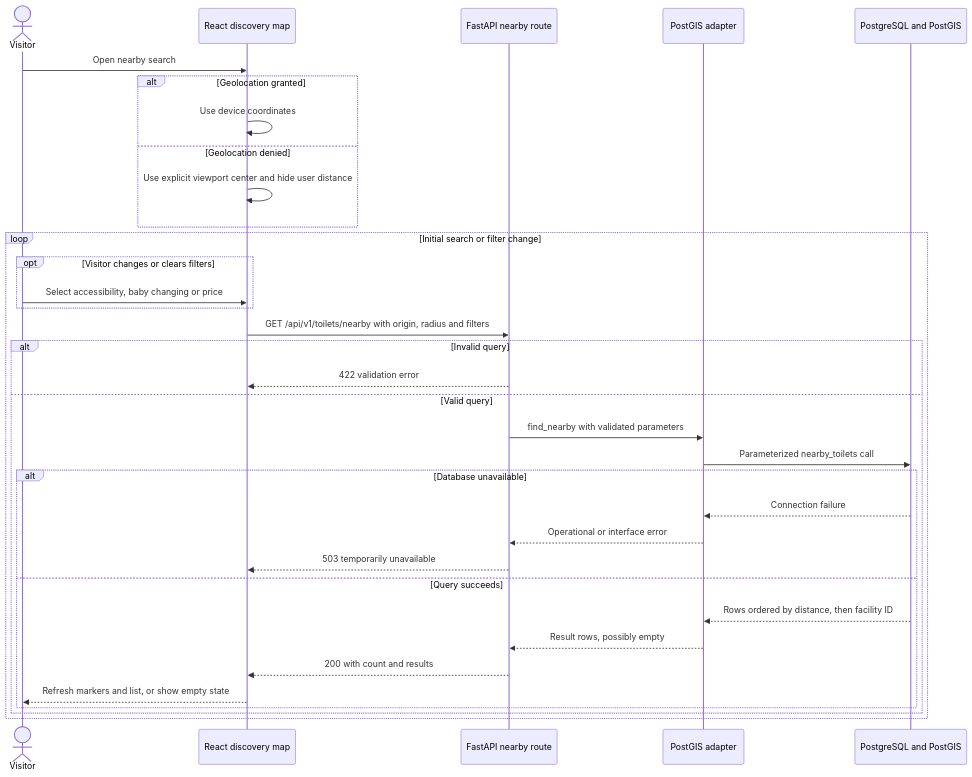
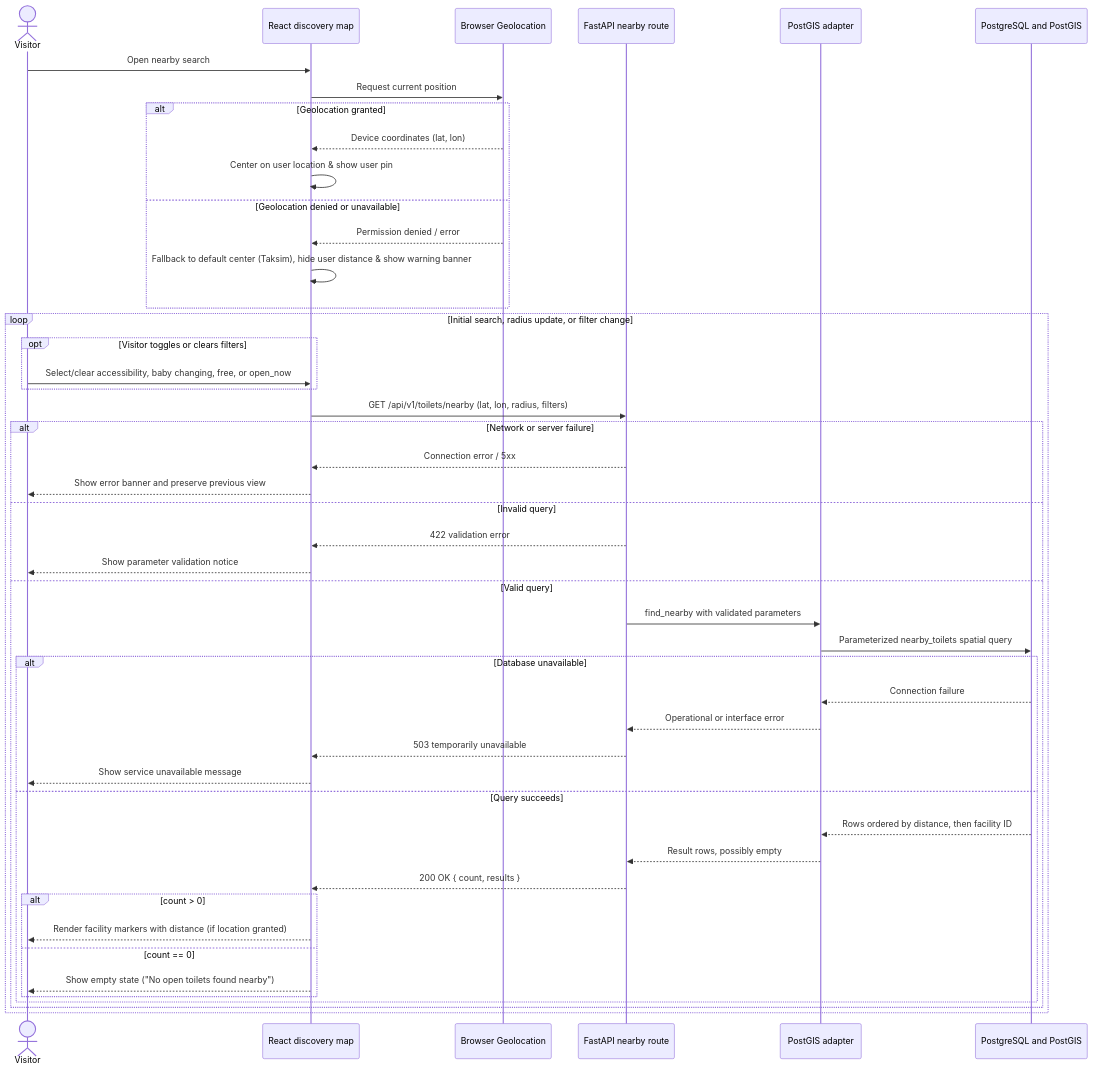
The diagram in docs/design/sequence/nearby-search.md (akcedia/SmartLoo), drawn with Mermaid before and after one commit. The commit also changed other lines of this file and 23 other files, not shown here.

````diff
--- a/docs/design/sequence/nearby-search.md
+++ b/docs/design/sequence/nearby-search.md
@@ -5,37 +5,51 @@
 ```mermaid
 sequenceDiagram
     actor Visitor
     participant Map as React discovery map
+    participant Geo as Browser Geolocation
     participant API as FastAPI nearby route
     participant Store as PostGIS adapter
     participant DB as PostgreSQL and PostGIS
 
     Visitor->>Map: Open nearby search
+    Map->>Geo: Request current position
     alt Geolocation granted
-        Map->>Map: Use device coordinates
-    else Geolocation denied
-        Map->>Map: Use explicit viewport center and hide user distance
+        Geo-->>Map: Device coordinates (lat, lon)
+        Map->>Map: Center on user location & show user pin
+    else Geolocation denied or unavailable
+        Geo-->>Map: Permission denied / error
+        Map->>Map: Fallback to default center (Taksim), hide user distance & show warning banner
     end
-    loop Initial search or filter change
-        opt Visitor changes or clears filters
-            Visitor->>Map: Select accessibility, baby changing or price
+
+    loop Initial search, radius update, or filter change
+        opt Visitor toggles or clears filters
+            Visitor->>Map: Select/clear accessibility, baby changing, free, or open_now
         end
-        Map->>API: GET /api/v1/toilets/nearby with origin, radius and filters
-        alt Invalid query
+        Map->>API: GET /api/v1/toilets/nearby (lat, lon, radius, filters)
+        alt Network or server failure
+            API-->>Map: Connection error / 5xx
+            Map-->>Visitor: Show error banner and preserve previous view
+        else Invalid query
             API-->>Map: 422 validation error
+            Map-->>Visitor: Show parameter validation notice
         else Valid query
             API->>Store: find_nearby with validated parameters
-            Store->>DB: Parameterized nearby_toilets call
+            Store->>DB: Parameterized nearby_toilets spatial query
             alt Database unavailable
                 DB-->>Store: Connection failure
                 Store-->>API: Operational or interface error
                 API-->>Map: 503 temporarily unavailable
+                Map-->>Visitor: Show service unavailable message
             else Query succeeds
                 DB-->>Store: Rows ordered by distance, then facility ID
                 Store-->>API: Result rows, possibly empty
-                API-->>Map: 200 with count and results
-                Map-->>Visitor: Refresh markers and list, or show empty state
+                API-->>Map: 200 OK { count, results }
+                alt count > 0
+                    Map-->>Visitor: Render facility markers with distance (if location granted)
+                else count == 0
+                    Map-->>Visitor: Show empty state ("No open toilets found nearby")
+                end
             end
         end
     end
 ```
````
